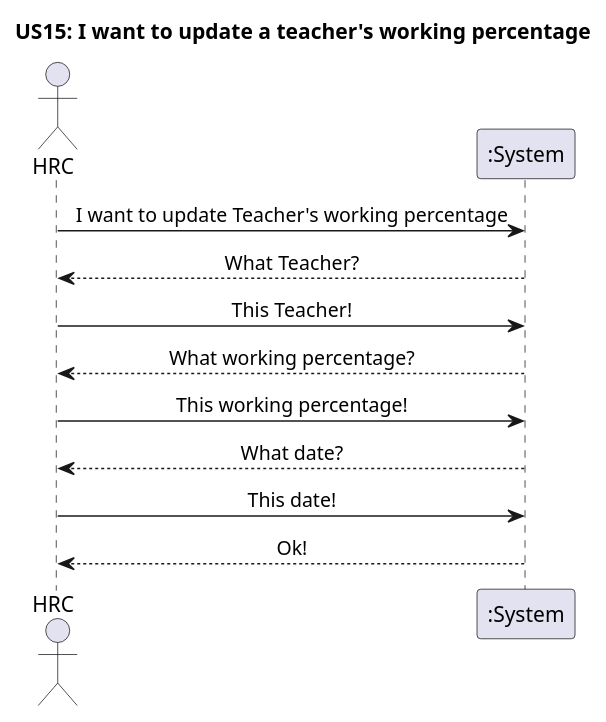
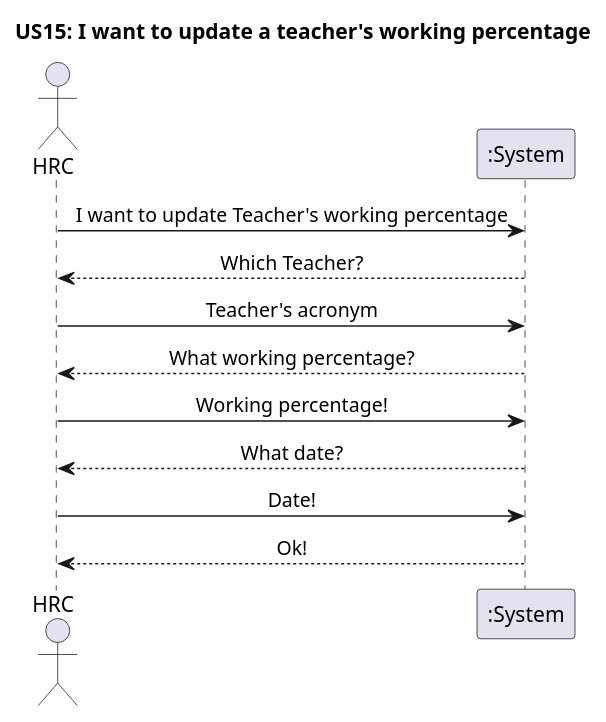
Before and after one commit to GasparISEP/DevOps-PAI: the diagram in docs/US15/US15_SystemSequenceDiagram.puml, drawn with PlantUML. The commit also changed 1 other file, not shown here.

Commit message:
Fixes #108: Altered US15 System Sequence Diagram

```diff
--- a/docs/US15/US15_SystemSequenceDiagram.puml
+++ b/docs/US15/US15_SystemSequenceDiagram.puml
@@ -1,17 +1,17 @@
 @startuml
 skinparam sequenceMessageAlign center
 
 title US15: I want to update a teacher's working percentage
 actor HRC
 participant ":System" as System
 
 HRC -> System: I want to update Teacher's working percentage
-System --> HRC: What Teacher?
-HRC -> System: This Teacher!
+System --> HRC: Which Teacher?
+HRC -> System: Teacher's acronym
 System --> HRC: What working percentage?
-HRC -> System: This working percentage!
+HRC -> System: Working percentage!
 System --> HRC: What date?
-HRC -> System: This date!
+HRC -> System: Date!
 System --> HRC: Ok!
 
 @enduml
```
